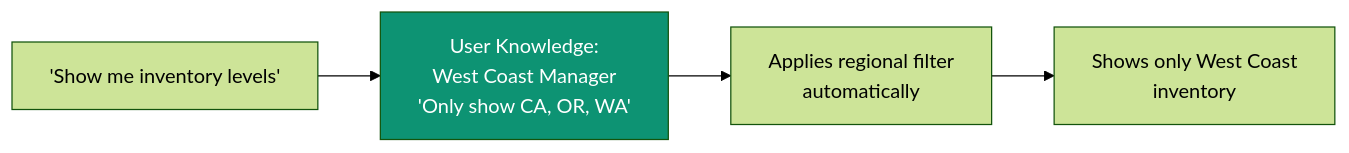
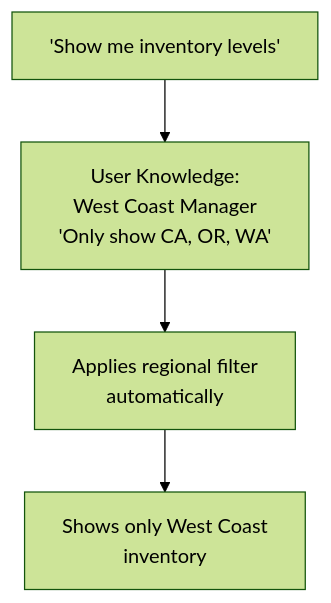
Before and after one commit to ashishsuperatom/tech-docs: the third of 6 diagrams in ip/tribal-knowledge.mdx, drawn with Mermaid (forest theme). The commit also changed other lines of this file and 37 other files, not shown here.

First line of the commit message:
Clean up docs: remove em-dashes, fix mermaid diagrams, remove emojis

````diff
--- a/ip/tribal-knowledge.mdx
+++ b/ip/tribal-knowledge.mdx
@@ -99,10 +96,9 @@
 ```mermaid
-flowchart LR
+flowchart TD
     Q["'Show me inventory levels'"] --> USER["User Knowledge:<br>West Coast Manager<br>'Only show CA, OR, WA'"]
 
     USER --> FILTER["Applies regional filter<br>automatically"]
 
     FILTER --> RESULT["Shows only West Coast<br>inventory"]
 
-    style USER fill:#0D9373,color:#fff
 ```
````
